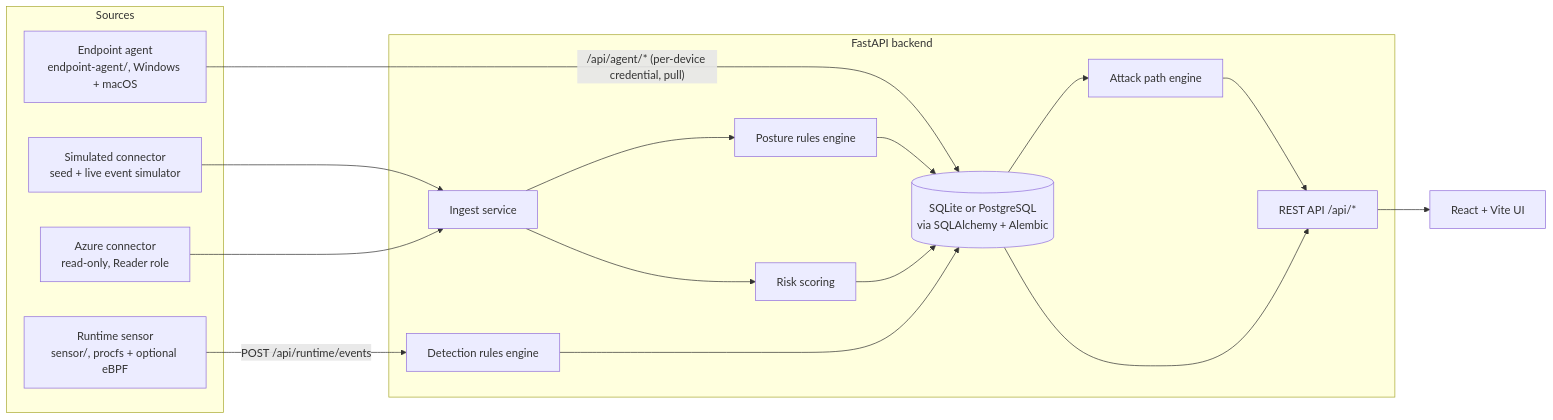
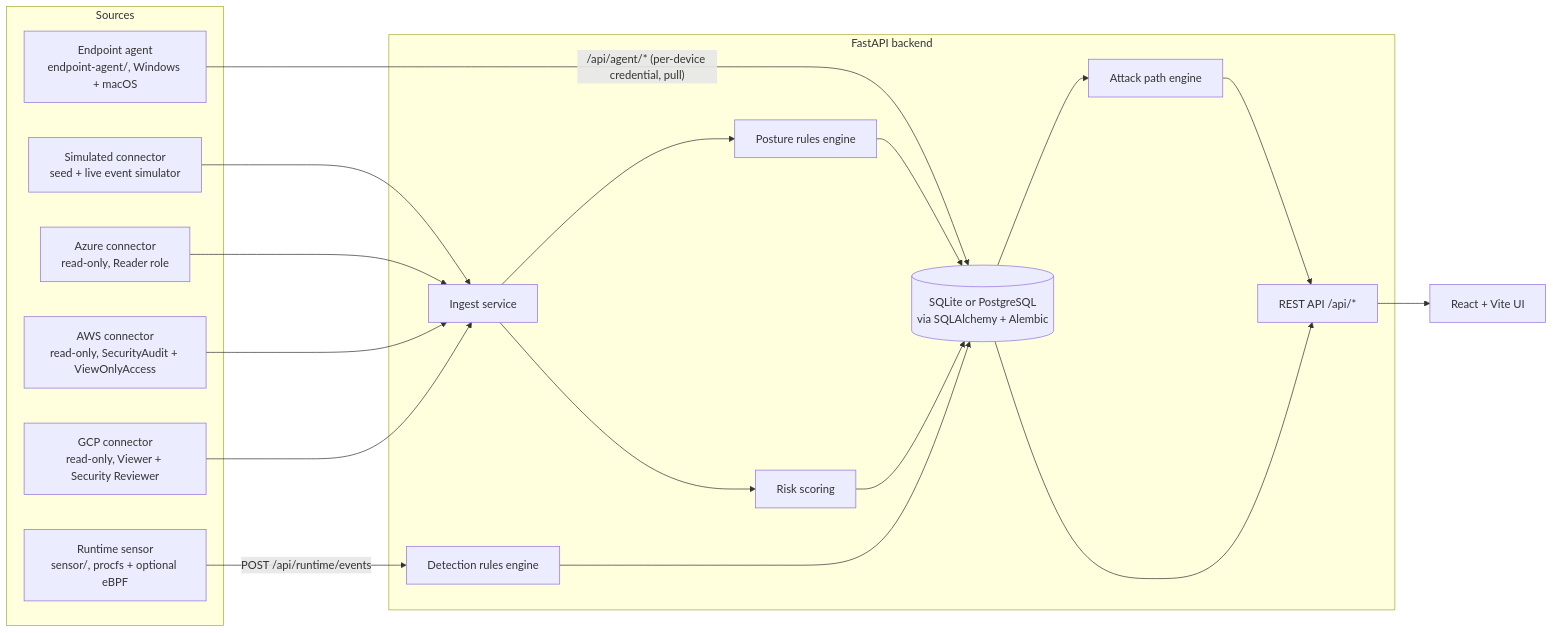
One commit to Amechi-demigod/CloudSecurity changed the diagram in README.md. Above: the diagram before and after it, drawn with Mermaid. The commit also changed other lines of this file and 34 other files, not shown here.

````diff
--- a/README.md
+++ b/README.md
@@ -19,30 +19,34 @@
 ```mermaid
 flowchart LR
   subgraph Sources
     SIM[Simulated connector<br/>seed + live event simulator]
     AZ[Azure connector<br/>read-only, Reader role]
+    AWS[AWS connector<br/>read-only, SecurityAudit + ViewOnlyAccess]
+    GCP[GCP connector<br/>read-only, Viewer + Security Reviewer]
     SENSOR[Runtime sensor<br/>sensor/, procfs + optional eBPF]
     AGENT[Endpoint agent<br/>endpoint-agent/, Windows + macOS]
   end
   subgraph Backend [FastAPI backend]
     ING[Ingest service]
     PR[Posture rules engine]
     DR[Detection rules engine]
     RS[Risk scoring]
     AP[Attack path engine]
     DB[(SQLite or PostgreSQL<br/>via SQLAlchemy + Alembic)]
     API[REST API /api/*]
   end
   UI[React + Vite UI]
 
   SIM --> ING
   AZ --> ING
+  AWS --> ING
+  GCP --> ING
   SENSOR -- POST /api/runtime/events --> DR
   AGENT -- "/api/agent/* (per-device credential, pull)" --> DB
   ING --> PR --> DB
   ING --> RS --> DB
   DR --> DB
   DB --> AP --> API
   DB --> API
   API --> UI
 ```
````
